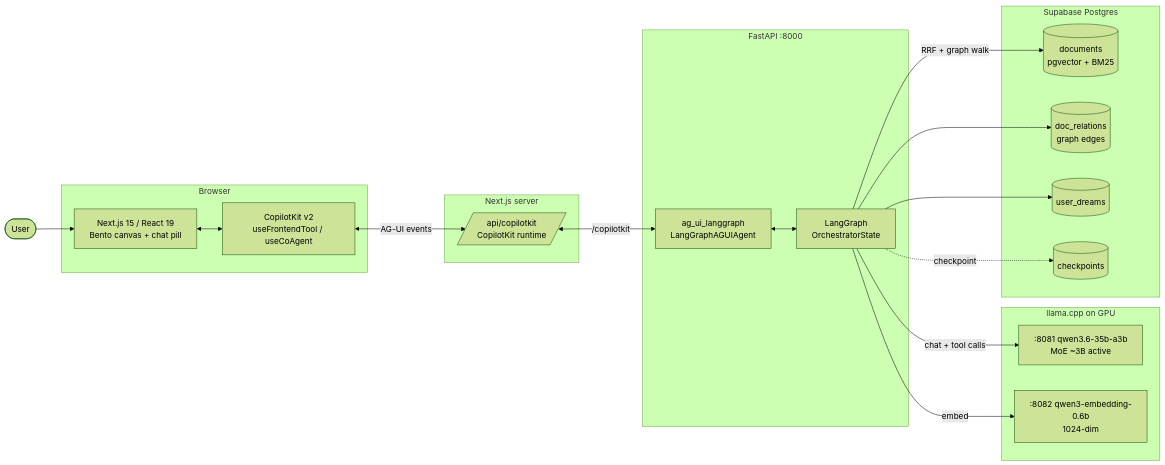
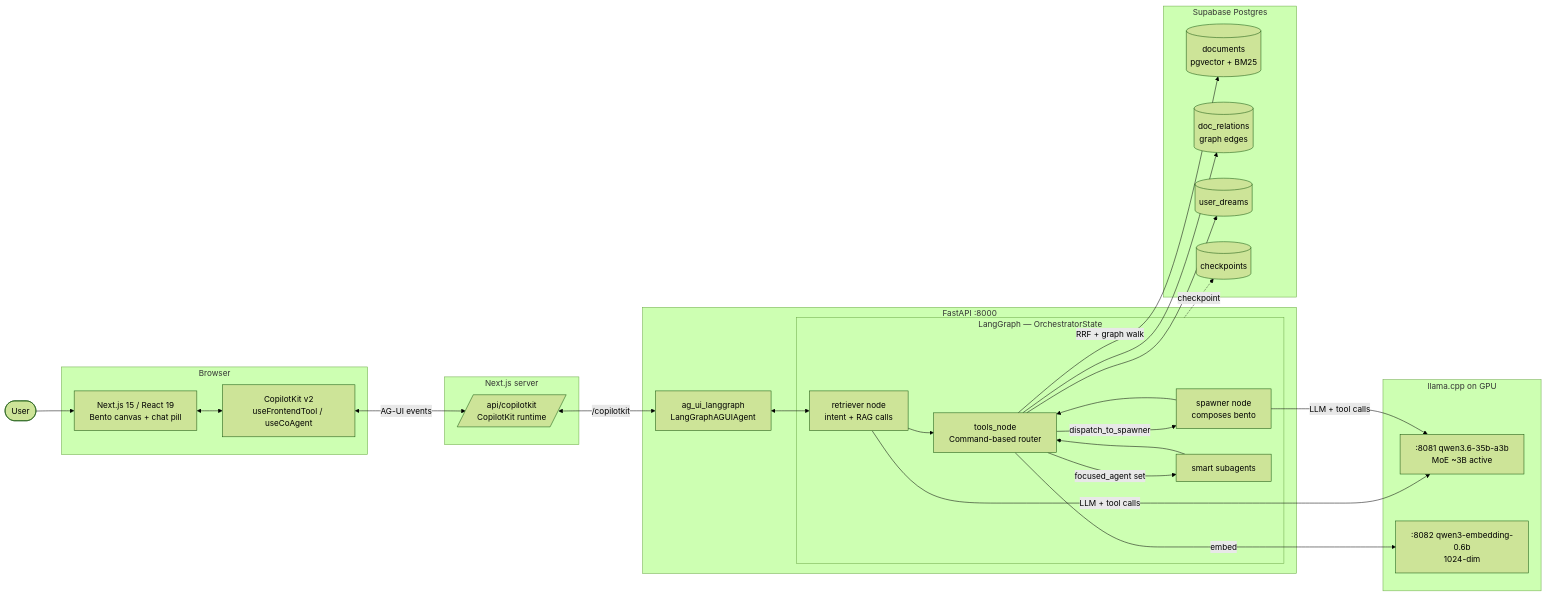
One commit to blueif16/dreamrag changed the first of 3 diagrams in README.md. Above: the diagram before and after it, drawn with Mermaid (forest theme). The commit also changed other lines of this file and 30 other files, not shown here.

````diff
--- a/README.md
+++ b/README.md
@@ -23,37 +26,48 @@
 ```mermaid
 flowchart LR
   User([User])
   subgraph Browser
     UI[Next.js 15 / React 19<br/>Bento canvas + chat pill]
     CKClient[CopilotKit v2<br/>useFrontendTool / useCoAgent]
   end
   subgraph NextServer[Next.js server]
     Runtime[/api/copilotkit<br/>CopilotKit runtime/]
   end
   subgraph Backend[FastAPI :8000]
     AGUI[ag_ui_langgraph<br/>LangGraphAGUIAgent]
-    Graph[LangGraph<br/>OrchestratorState]
+    subgraph Graph[LangGraph — OrchestratorState]
+      Retr[retriever node<br/>intent + RAG calls]
+      Tools[tools_node<br/>Command-based router]
+      Spawn[spawner node<br/>composes bento]
+      Subs[smart subagents]
+    end
   end
   subgraph GPU[llama.cpp on GPU]
     Chat[:8081 qwen3.6-35b-a3b<br/>MoE ~3B active]
     Embed[:8082 qwen3-embedding-0.6b<br/>1024-dim]
   end
   subgraph Data[Supabase Postgres]
     Docs[(documents<br/>pgvector + BM25)]
     Rel[(doc_relations<br/>graph edges)]
     Dreams[(user_dreams)]
     Ckpt[(checkpoints)]
   end
 
   User --> UI
   UI <--> CKClient
   CKClient <-->|AG-UI events| Runtime
   Runtime <-->|/copilotkit| AGUI
-  AGUI <--> Graph
-  Graph -->|chat + tool calls| Chat
-  Graph -->|embed| Embed
-  Graph -->|RRF + graph walk| Docs
-  Graph --> Rel
-  Graph --> Dreams
+  AGUI <--> Retr
+  Retr --> Tools
+  Tools -->|dispatch_to_spawner| Spawn
+  Tools -->|focused_agent set| Subs
+  Spawn --> Tools
+  Subs --> Tools
+  Retr -->|LLM + tool calls| Chat
+  Spawn -->|LLM + tool calls| Chat
+  Tools -->|embed| Embed
+  Tools -->|RRF + graph walk| Docs
+  Tools --> Rel
+  Tools --> Dreams
   Graph -.checkpoint.-> Ckpt
 ```
````
